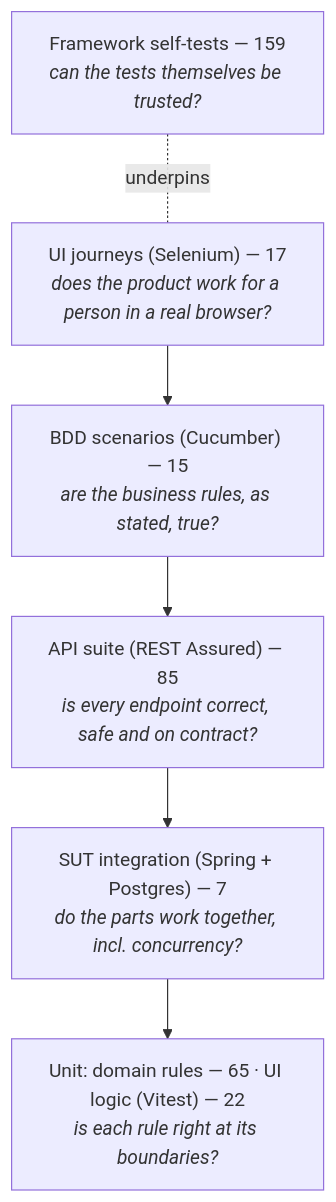
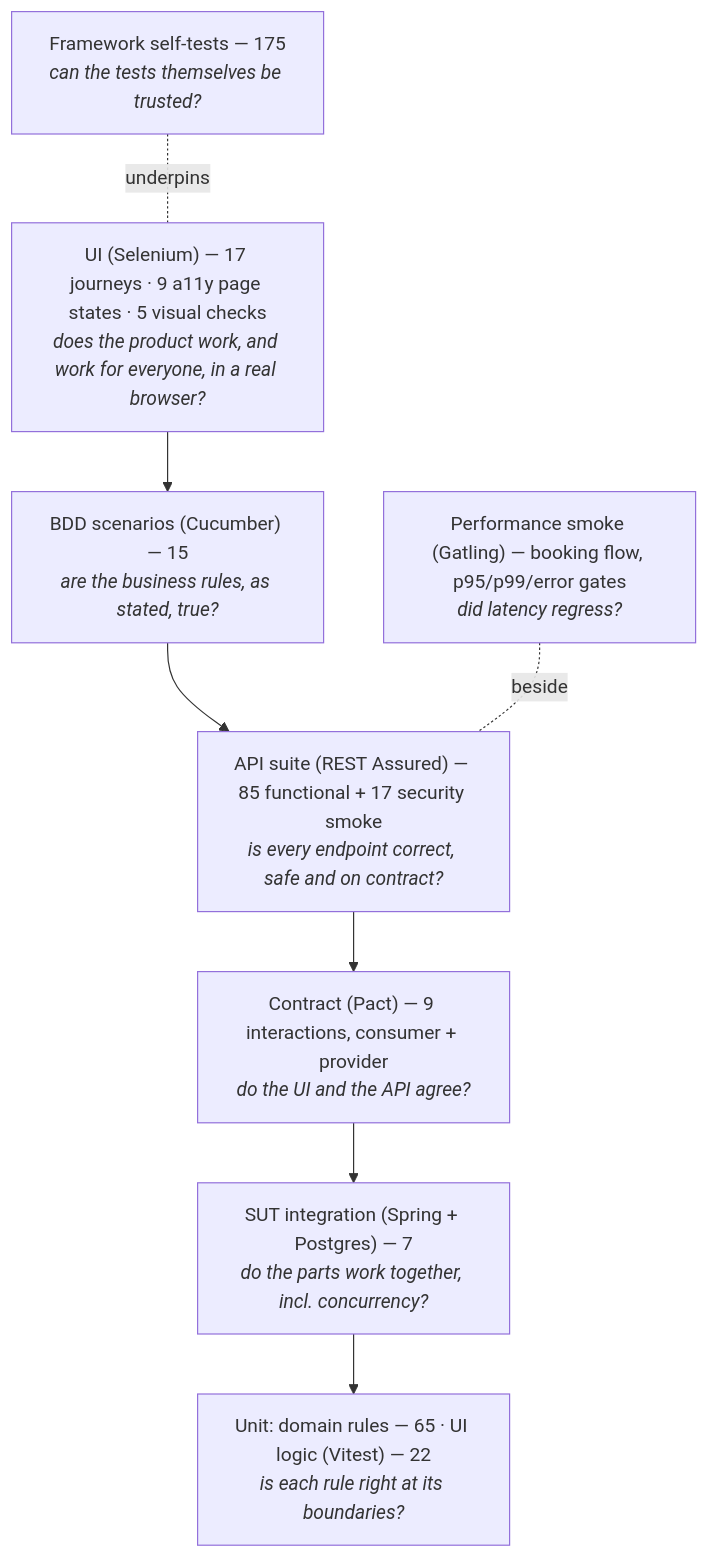
Before and after one commit to RaktimChandra/TestHarness: the diagram in TEST_STRATEGY.md, drawn with Mermaid. The commit also changed other lines of this file, not shown here.

First line of the commit message:
docs(strategy): add contract, accessibility, visual, security and performance layers

````diff
--- a/TEST_STRATEGY.md
+++ b/TEST_STRATEGY.md
@@ -8,11 +8,14 @@
 ```mermaid
 flowchart TB
-  A["UI journeys (Selenium) — 17<br/><i>does the product work for a person in a real browser?</i>"]
+  A["UI (Selenium) — 17 journeys · 9 a11y page states · 5 visual checks<br/><i>does the product work, and work for everyone, in a real browser?</i>"]
   B["BDD scenarios (Cucumber) — 15<br/><i>are the business rules, as stated, true?</i>"]
-  C["API suite (REST Assured) — 85<br/><i>is every endpoint correct, safe and on contract?</i>"]
+  C["API suite (REST Assured) — 85 functional + 17 security smoke<br/><i>is every endpoint correct, safe and on contract?</i>"]
+  P["Contract (Pact) — 9 interactions, consumer + provider<br/><i>do the UI and the API agree?</i>"]
   D["SUT integration (Spring + Postgres) — 7<br/><i>do the parts work together, incl. concurrency?</i>"]
   E["Unit: domain rules — 65 · UI logic (Vitest) — 22<br/><i>is each rule right at its boundaries?</i>"]
-  F["Framework self-tests — 159<br/><i>can the tests themselves be trusted?</i>"]
-  A --> B --> C --> D --> E
+  F["Framework self-tests — 175<br/><i>can the tests themselves be trusted?</i>"]
+  G["Performance smoke (Gatling) — booking flow, p95/p99/error gates<br/><i>did latency regress?</i>"]
+  A --> B --> C --> P --> D --> E
   F -.underpins.- A
+  G -.beside.- C
 ```
````
